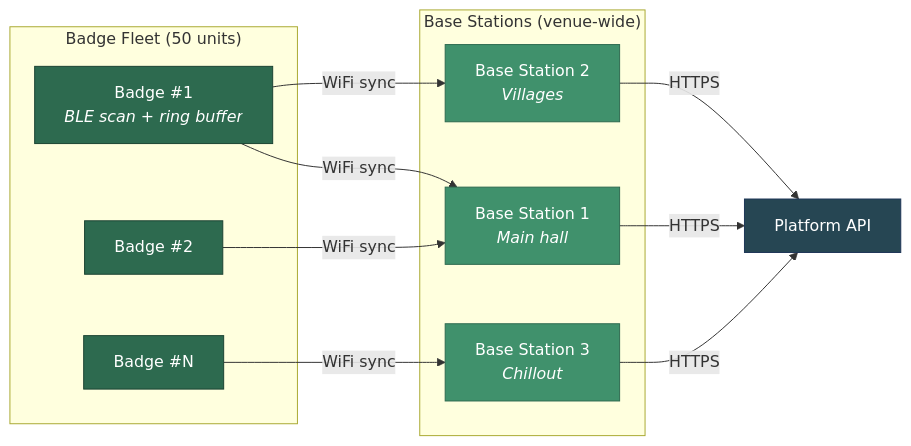
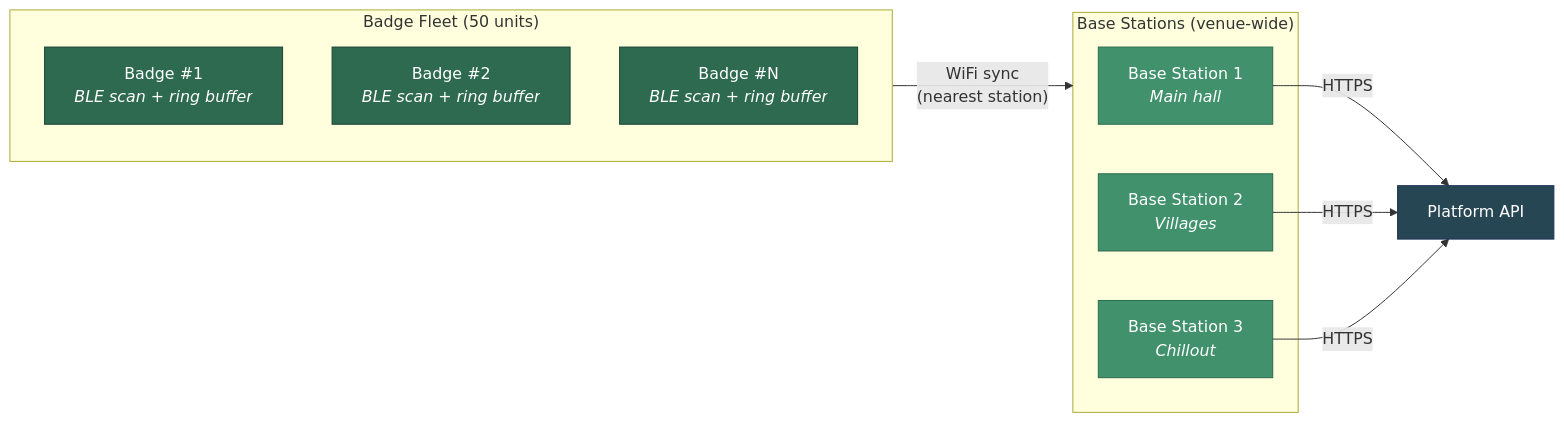
One commit to MillerMedia/ble-badge-sao changed the diagram in README.md. Above: the diagram before and after it, drawn with Mermaid.

Commit message:
Fix diagram: all badges show same capabilities, single group link to base stations

````diff
--- a/README.md
+++ b/README.md
@@ -9,30 +9,27 @@
 ```mermaid
 graph LR
     subgraph BADGES["Badge Fleet (50 units)"]
         B1["Badge #1<br/><i>BLE scan + ring buffer</i>"]
-        B2["Badge #2"]
-        BN["Badge #N"]
+        B2["Badge #2<br/><i>BLE scan + ring buffer</i>"]
+        BN["Badge #N<br/><i>BLE scan + ring buffer</i>"]
     end
 
     subgraph BASES["Base Stations (venue-wide)"]
         BS1["Base Station 1<br/><i>Main hall</i>"]
         BS2["Base Station 2<br/><i>Villages</i>"]
         BS3["Base Station 3<br/><i>Chillout</i>"]
     end
 
-    B1 -- "WiFi sync" --> BS1
-    B1 -- "WiFi sync" --> BS2
-    B2 -- "WiFi sync" --> BS1
-    BN -- "WiFi sync" --> BS3
+    BADGES -- "WiFi sync<br/>(nearest station)" --> BASES
     BS1 -- "HTTPS" --> API["Platform API"]
     BS2 -- "HTTPS" --> API
     BS3 -- "HTTPS" --> API
 
     style B1 fill:#2d6a4f,stroke:#1b4332,color:#fff
     style B2 fill:#2d6a4f,stroke:#1b4332,color:#fff
     style BN fill:#2d6a4f,stroke:#1b4332,color:#fff
     style BS1 fill:#40916c,stroke:#2d6a4f,color:#fff
     style BS2 fill:#40916c,stroke:#2d6a4f,color:#fff
     style BS3 fill:#40916c,stroke:#2d6a4f,color:#fff
     style API fill:#264653,stroke:#1d3557,color:#fff
 ```
````
